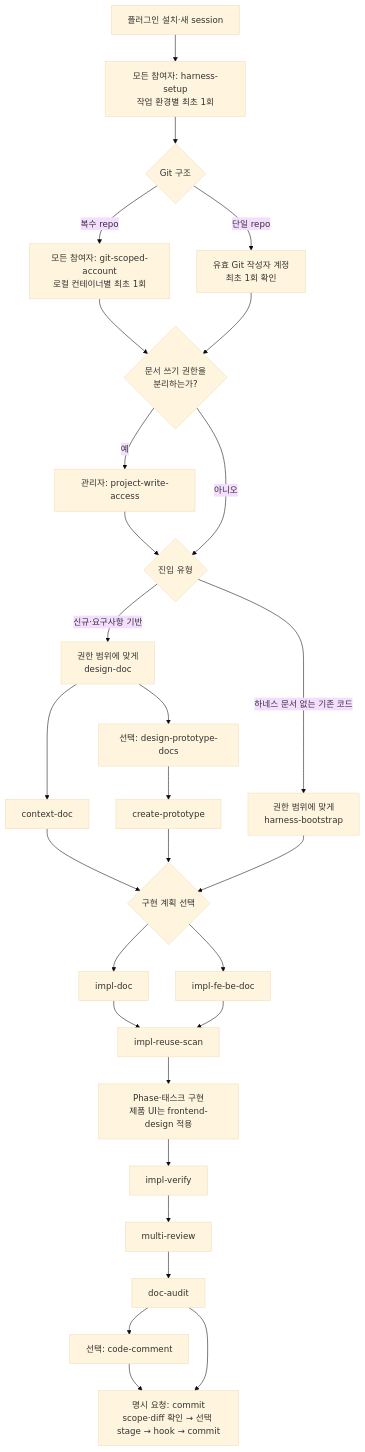
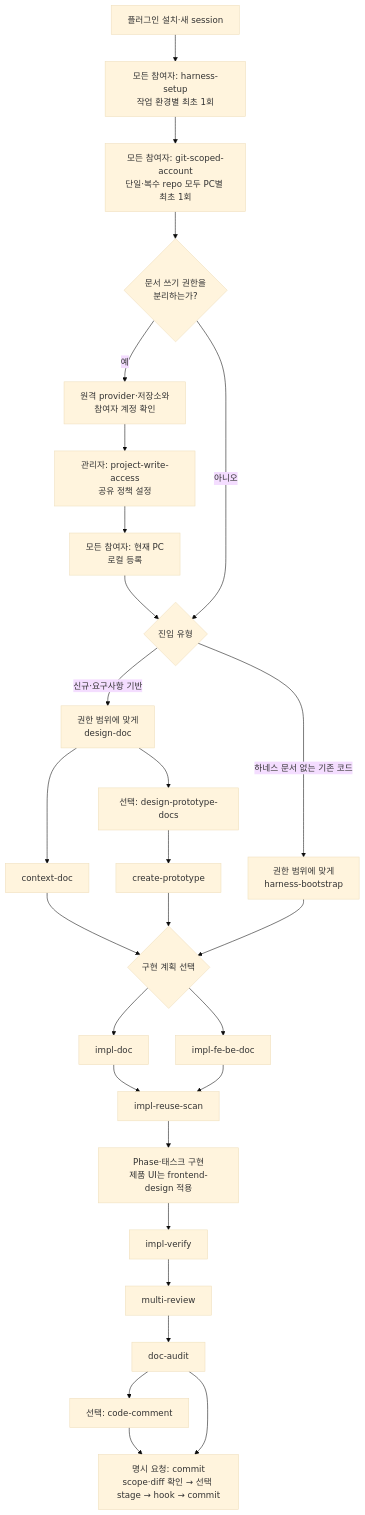
Before and after one commit to hb9397/ai-agent-harness-docs: the first of 2 diagrams in .user-docs/Harness_Engineering.md, drawn with Mermaid (base theme). The commit also changed other lines of this file and 5 other files, not shown here.

````diff
--- a/.user-docs/Harness_Engineering.md
+++ b/.user-docs/Harness_Engineering.md
@@ -201,31 +203,30 @@
 ```mermaid
 flowchart TD
     S["플러그인 설치·새 session"] --> H["모든 참여자: harness-setup<br/>작업 환경별 최초 1회"]
-    H --> G{"Git 구조"}
-    G -->|"복수 repo"| GA["모든 참여자: git-scoped-account<br/>로컬 컨테이너별 최초 1회"]
-    G -->|"단일 repo"| GV["유효 Git 작성자 계정<br/>최초 1회 확인"]
+    H --> GA["모든 참여자: git-scoped-account<br/>단일·복수 repo 모두 PC별 최초 1회"]
     GA --> A{"문서 쓰기 권한을<br/>분리하는가?"}
-    GV --> A
-    A -->|"예"| PA["관리자: project-write-access"]
+    A -->|"예"| RP["원격 provider·저장소와<br/>참여자 계정 확인"]
+    RP --> PA["관리자: project-write-access<br/>공유 정책 설정"]
+    PA --> LE["모든 참여자: 현재 PC<br/>로컬 등록"]
     A -->|"아니오"| X{"진입 유형"}
-    PA --> X
+    LE --> X
     X -->|"신규·요구사항 기반"| D["권한 범위에 맞게<br/>design-doc"]
     X -->|"하네스 문서 없는 기존 코드"| B["권한 범위에 맞게<br/>harness-bootstrap"]
     D --> C["context-doc"]
     D --> P["선택: design-prototype-docs"]
     P --> CP["create-prototype"]
     C --> I{"구현 계획 선택"}
     B --> I
     CP --> I
     I --> ID["impl-doc"]
     I --> IF["impl-fe-be-doc"]
     ID --> RS["impl-reuse-scan"]
     IF --> RS
     RS --> W["Phase·태스크 구현<br/>제품 UI는 frontend-design 적용"]
     W --> IV["impl-verify"]
     IV --> MR["multi-review"]
     MR --> DA["doc-audit"]
     DA --> CO["선택: code-comment"]
     DA --> CM["명시 요청: commit<br/>scope·diff 확인 → 선택 stage → hook → commit"]
     CO --> CM
 ```
````
